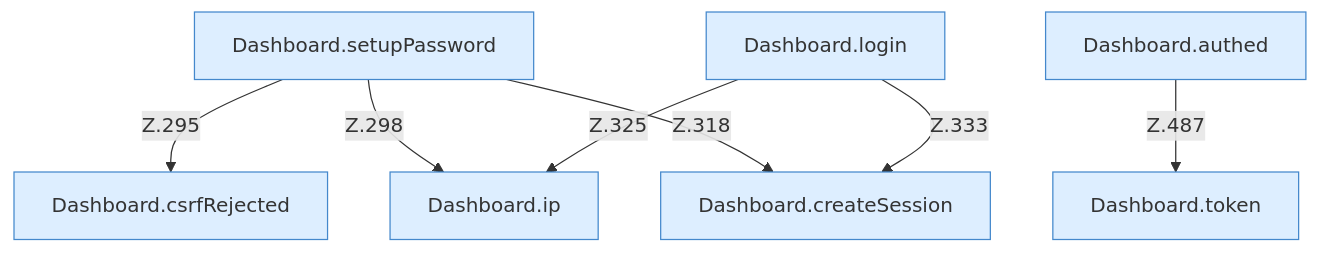
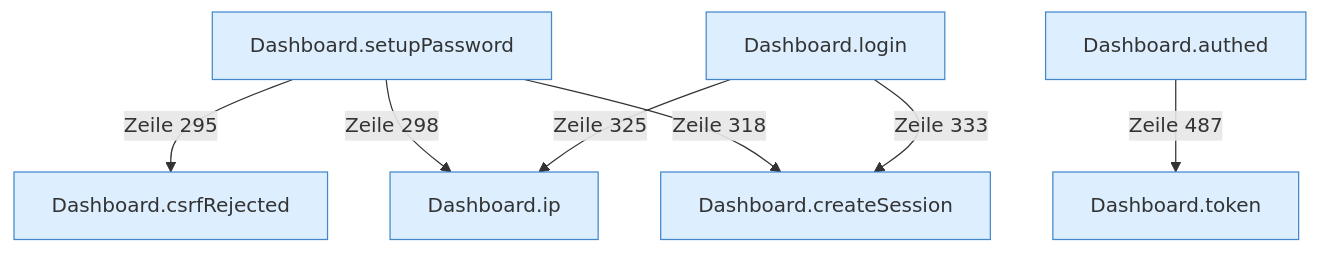
The diagram in HTTP-Auth.md (PrinceDiamant/minecraft-serverhoster-plugin), drawn with Mermaid before and after one commit. The commit also changed other lines of this file and 2005 other files, not shown here.

````diff
--- a/HTTP-Auth.md
+++ b/HTTP-Auth.md
@@ -5,18 +5,18 @@
 ```mermaid
 flowchart TD
   n1["Dashboard.ip"]:::internal-link
   n2["Dashboard.createSession"]:::internal-link
   n3["Dashboard.setupPassword"]:::internal-link
   n4["Dashboard.login"]:::internal-link
   n5["Dashboard.token"]:::internal-link
   n6["Dashboard.authed"]:::internal-link
   n7["Dashboard.csrfRejected"]:::internal-link
-  n3 -->|"Z.295"| n7
-  n3 -->|"Z.298"| n1
-  n3 -->|"Z.318"| n2
-  n4 -->|"Z.325"| n1
-  n4 -->|"Z.333"| n2
-  n6 -->|"Z.487"| n5
+  n3 -->|"Zeile 295"| n7
+  n3 -->|"Zeile 298"| n1
+  n3 -->|"Zeile 318"| n2
+  n4 -->|"Zeile 325"| n1
+  n4 -->|"Zeile 333"| n2
+  n6 -->|"Zeile 487"| n5
   classDef internal-link fill:#ddeeff,stroke:#4488cc
   classDef befund fill:#f88
 ```
````
